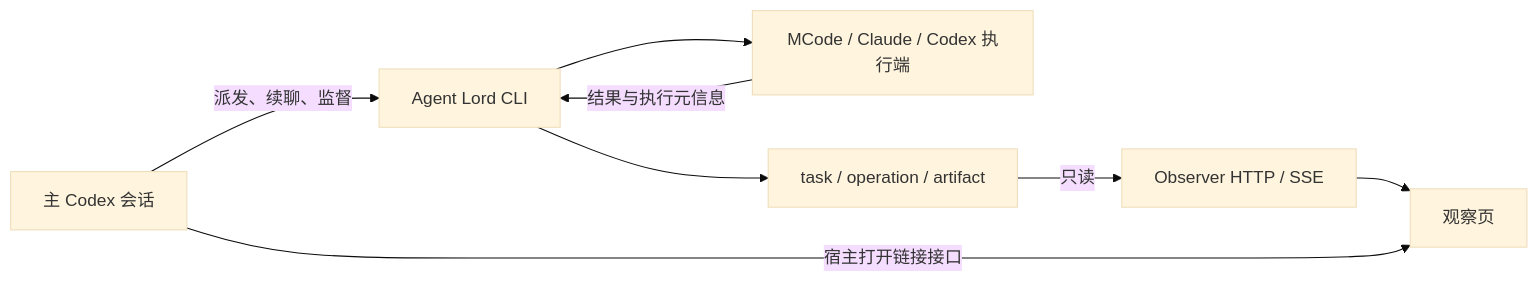
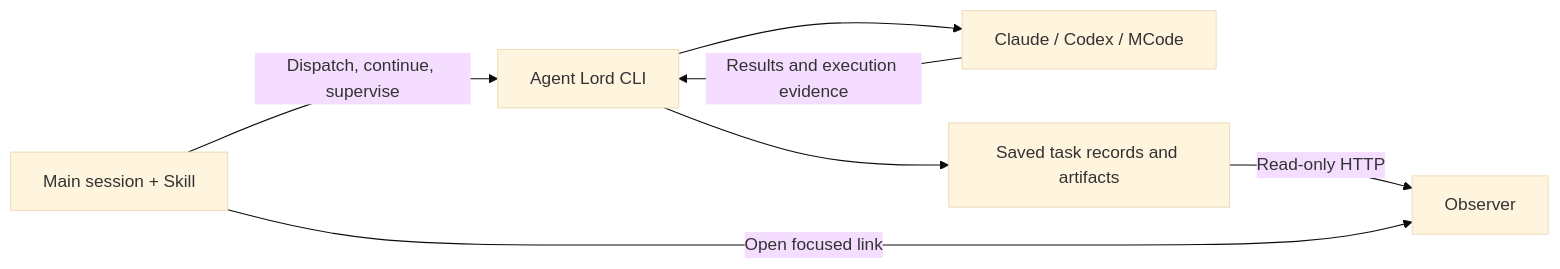
One commit to coder-xieshijie/agent-lord changed the diagram in README.md. Above: the diagram before and after it, drawn with Mermaid (base theme). The commit also changed other lines of this file and 6 other files, not shown here.

````diff
--- a/README.md
+++ b/README.md
@@ -39,10 +87,9 @@
 ```mermaid
 flowchart LR
-    A[主 Codex 会话] -->|派发、续聊、监督| B[Agent Lord CLI]
-    B --> C[MCode / Claude / Codex 执行端]
-    C -->|结果与执行元信息| B
-    B --> D[task / operation / artifact]
-    D -->|只读| E[Observer HTTP / SSE]
-    E --> F[观察页]
-    A -->|宿主打开链接接口| F
+    A["Main session + Skill"] -->|Dispatch, continue, supervise| B["Agent Lord CLI"]
+    B --> C["Claude / Codex / MCode"]
+    C -->|Results and execution evidence| B
+    B --> D["Saved task records and artifacts"]
+    D -->|Read-only HTTP| E["Observer"]
+    A -->|Open focused link| E
 ```
````
